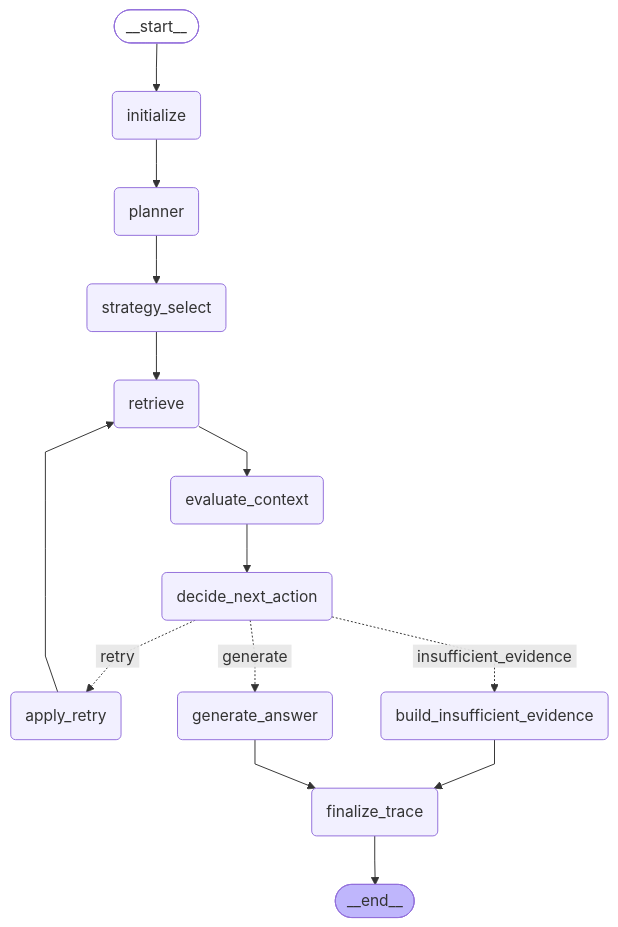
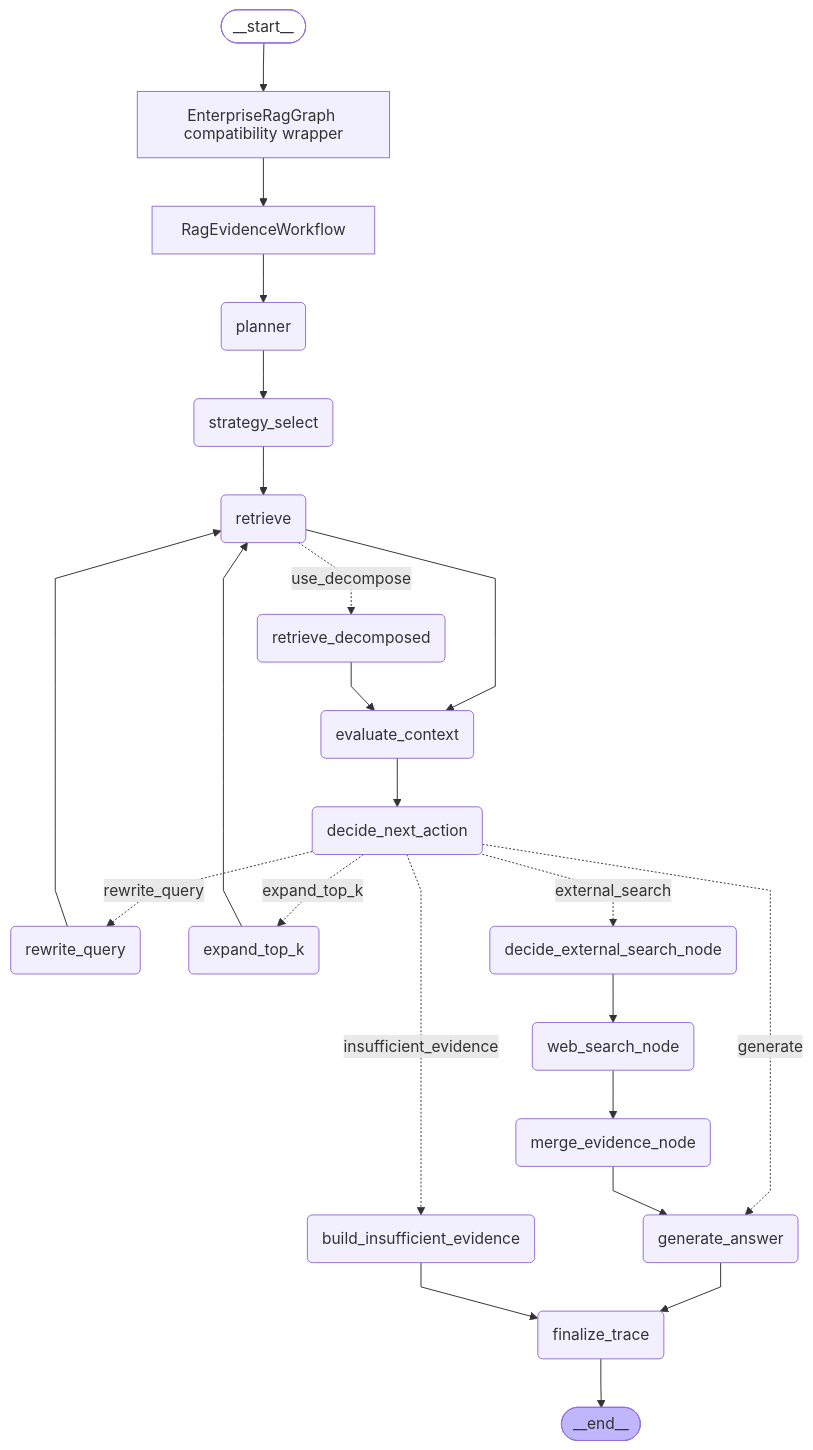
Before and after one commit to Aria-doufan/NexusKB-: the diagram in docs/images/enterprise_rag_graph.mmd, drawn with Mermaid. The commit also changed 13 other files, not shown here.

```diff
--- a/docs/images/enterprise_rag_graph.mmd
+++ b/docs/images/enterprise_rag_graph.mmd
@@ -1,34 +1,51 @@
 ---
 config:
   flowchart:
     curve: linear
 ---
 graph TD;
-	__start__([<p>__start__</p>]):::first
-	initialize(initialize)
-	planner(planner)
-	strategy_select(strategy_select)
-	retrieve(retrieve)
-	evaluate_context(evaluate_context)
-	decide_next_action(decide_next_action)
-	apply_retry(apply_retry)
-	generate_answer(generate_answer)
-	build_insufficient_evidence(build_insufficient_evidence)
-	finalize_trace(finalize_trace)
-	__end__([<p>__end__</p>]):::last
-	__start__ --> initialize;
-	apply_retry --> retrieve;
-	build_insufficient_evidence --> finalize_trace;
-	decide_next_action -. &nbsp;retry&nbsp; .-> apply_retry;
-	decide_next_action -. &nbsp;insufficient_evidence&nbsp; .-> build_insufficient_evidence;
-	decide_next_action -. &nbsp;generate&nbsp; .-> generate_answer;
-	evaluate_context --> decide_next_action;
-	generate_answer --> finalize_trace;
-	initialize --> planner;
-	planner --> strategy_select;
-	retrieve --> evaluate_context;
-	strategy_select --> retrieve;
-	finalize_trace --> __end__;
-	classDef default fill:#f2f0ff,line-height:1.2
-	classDef first fill-opacity:0
-	classDef last fill:#bfb6fc
+    __start__([<p>__start__</p>]):::first
+    wrapper[EnterpriseRagGraph compatibility wrapper]
+    workflow[RagEvidenceWorkflow]
+    planner(planner)
+    strategy_select(strategy_select)
+    retrieve(retrieve)
+    retrieve_decomposed(retrieve_decomposed)
+    evaluate_context(evaluate_context)
+    decide_next_action(decide_next_action)
+    rewrite_query(rewrite_query)
+    expand_top_k(expand_top_k)
+    external_search_decision(decide_external_search_node)
+    web_search(web_search_node)
+    merge_evidence(merge_evidence_node)
+    generate_answer(generate_answer)
+    insufficient(build_insufficient_evidence)
+    finalize_trace(finalize_trace)
+    __end__([<p>__end__</p>]):::last
+
+    __start__ --> wrapper;
+    wrapper --> workflow;
+    workflow --> planner;
+    planner --> strategy_select;
+    strategy_select --> retrieve;
+    retrieve -. use_decompose .-> retrieve_decomposed;
+    retrieve --> evaluate_context;
+    retrieve_decomposed --> evaluate_context;
+    evaluate_context --> decide_next_action;
+    decide_next_action -. rewrite_query .-> rewrite_query;
+    decide_next_action -. expand_top_k .-> expand_top_k;
+    rewrite_query --> retrieve;
+    expand_top_k --> retrieve;
+    decide_next_action -. generate .-> generate_answer;
+    decide_next_action -. external_search .-> external_search_decision;
+    external_search_decision --> web_search;
+    web_search --> merge_evidence;
+    merge_evidence --> generate_answer;
+    decide_next_action -. insufficient_evidence .-> insufficient;
+    generate_answer --> finalize_trace;
+    insufficient --> finalize_trace;
+    finalize_trace --> __end__;
+
+    classDef default fill:#f2f0ff,line-height:1.2
+    classDef first fill-opacity:0
+    classDef last fill:#bfb6fc
```
